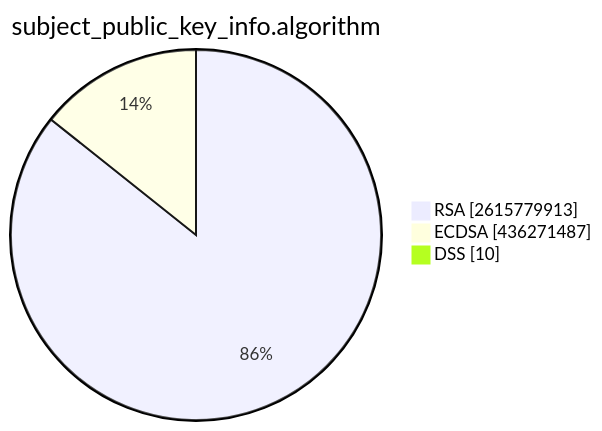
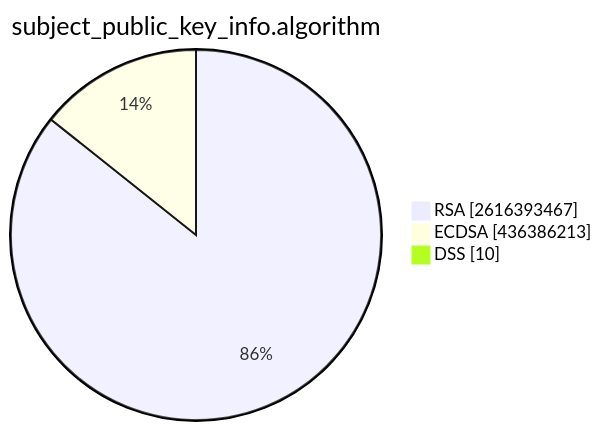
One commit to christiankrug/ctmonitor_visualization changed the second of 15 diagrams in TOTAL/README.md. Above: the diagram before and after it, drawn with Mermaid. The commit also changed other lines of this file, not shown here.

````diff
--- a/TOTAL/README.md
+++ b/TOTAL/README.md
@@ -6,7 +6,7 @@
 ```mermaid
 pie showData
 title subject_public_key_info.algorithm
-"RSA" :2615779913
-"ECDSA" :436271487
+"RSA" :2616393467
+"ECDSA" :436386213
 "DSS" :10
 ```
````
